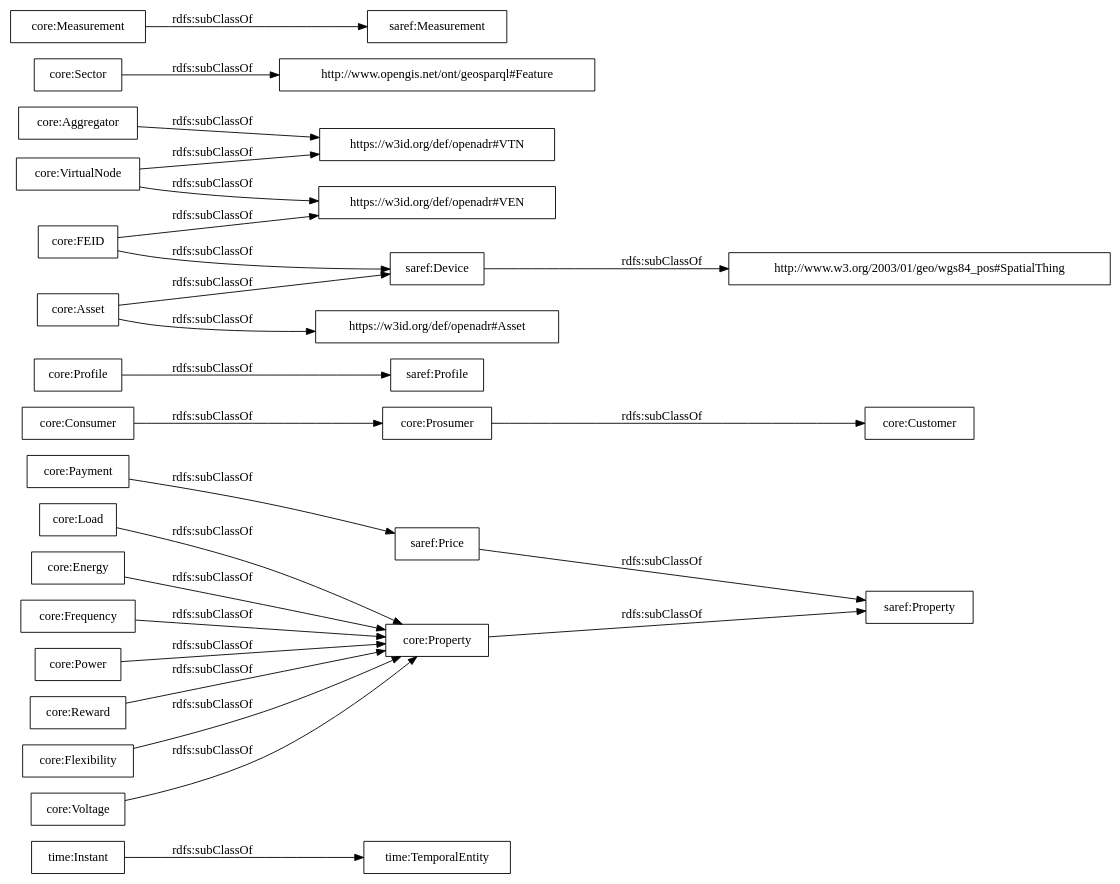
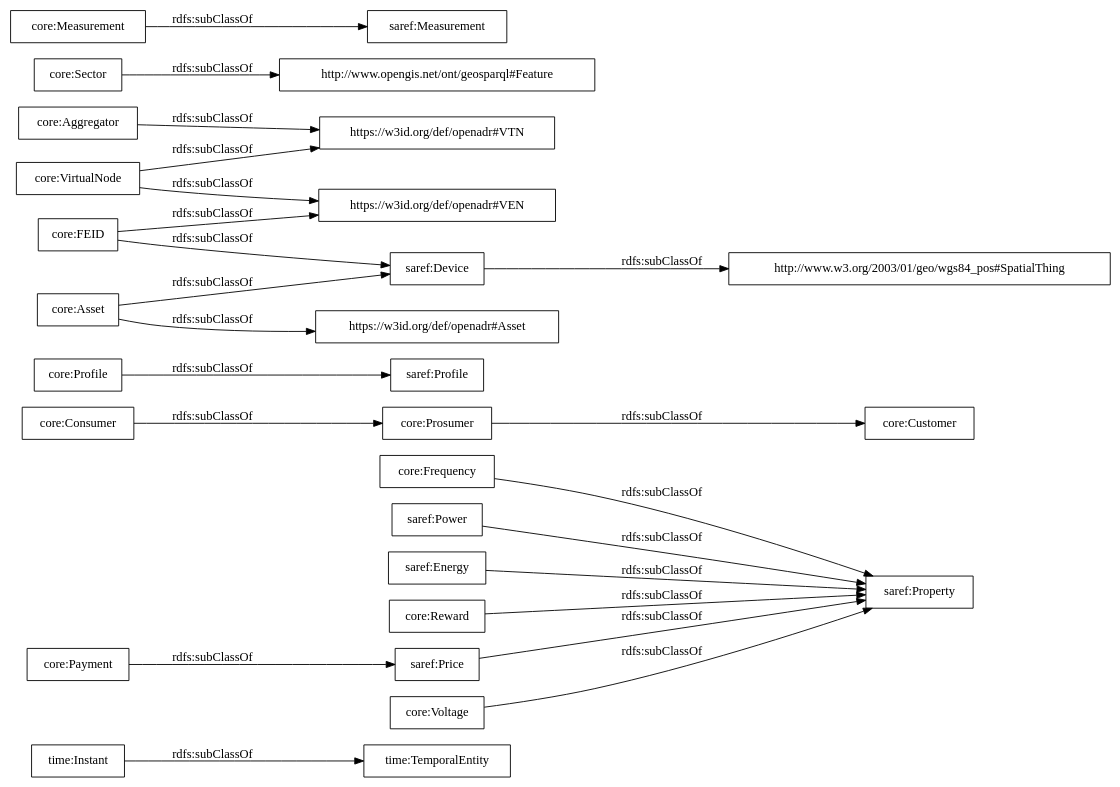
One commit to oeg-upm/delta-ontology changed the diagram in OnToology/ontology/delta.ttl/diagrams/ar2dtool-taxonomy/delta.ttl.png.dot. Above: the diagram before and after it, drawn with Graphviz. The commit also changed 12 other files, not shown here.

```diff
--- a/OnToology/ontology/delta.ttl/diagrams/ar2dtool-taxonomy/delta.ttl.png.dot
+++ b/OnToology/ontology/delta.ttl/diagrams/ar2dtool-taxonomy/delta.ttl.png.dot
@@ -1,30 +1,27 @@
 digraph ar2dtool_diagram { 
 rankdir=LR;
 size="1000"
-node [shape = rectangle, color="black"]; "time:Instant" "core:Load" "core:Frequency" "core:Customer" "core:Power" "saref:Profile" "core:VirtualNode" "core:Sector" "saref:Device" "core:Consumer" "core:Aggregator" "core:Measurement" "http://www.w3.org/2003/01/geo/wgs84_pos#SpatialThing" "core:Prosumer" "saref:Measurement" "core:Reward" "time:TemporalEntity" "saref:Price" "core:Asset" "core:Flexibility" "http://www.opengis.net/ont/geosparql#Feature" "core:Voltage" "saref:Property" "core:Profile" "core:Property" "core:FEID" "core:Energy" "core:Payment" ; /*classes style*/
-	"core:Flexibility" -> "core:Property" [ label = "rdfs:subClassOf" ];
+node [shape = rectangle, color="black"]; "time:Instant" "core:Frequency" "core:Customer" "saref:Profile" "core:VirtualNode" "saref:Power" "core:Sector" "saref:Energy" "saref:Device" "core:Consumer" "core:Aggregator" "core:Measurement" "http://www.w3.org/2003/01/geo/wgs84_pos#SpatialThing" "core:Prosumer" "saref:Measurement" "core:Reward" "time:TemporalEntity" "saref:Price" "core:Asset" "http://www.opengis.net/ont/geosparql#Feature" "core:Voltage" "saref:Property" "core:Profile" "core:FEID" "core:Payment" ; /*classes style*/
 	"saref:Price" -> "saref:Property" [ label = "rdfs:subClassOf" ];
 	"core:Payment" -> "saref:Price" [ label = "rdfs:subClassOf" ];
 	"core:Measurement" -> "saref:Measurement" [ label = "rdfs:subClassOf" ];
 	"core:VirtualNode" -> "https://w3id.org/def/openadr#VTN" [ label = "rdfs:subClassOf" ];
 	"core:VirtualNode" -> "https://w3id.org/def/openadr#VEN" [ label = "rdfs:subClassOf" ];
-	"core:Voltage" -> "core:Property" [ label = "rdfs:subClassOf" ];
+	"core:Voltage" -> "saref:Property" [ label = "rdfs:subClassOf" ];
 	"core:Sector" -> "http://www.opengis.net/ont/geosparql#Feature" [ label = "rdfs:subClassOf" ];
 	"core:Aggregator" -> "https://w3id.org/def/openadr#VTN" [ label = "rdfs:subClassOf" ];
 	"core:FEID" -> "saref:Device" [ label = "rdfs:subClassOf" ];
 	"core:FEID" -> "https://w3id.org/def/openadr#VEN" [ label = "rdfs:subClassOf" ];
-	"core:Energy" -> "core:Property" [ label = "rdfs:subClassOf" ];
-	"core:Power" -> "core:Property" [ label = "rdfs:subClassOf" ];
 	"core:Asset" -> "saref:Device" [ label = "rdfs:subClassOf" ];
 	"core:Asset" -> "https://w3id.org/def/openadr#Asset" [ label = "rdfs:subClassOf" ];
-	"core:Frequency" -> "core:Property" [ label = "rdfs:subClassOf" ];
 	"core:Prosumer" -> "core:Customer" [ label = "rdfs:subClassOf" ];
-	"core:Property" -> "saref:Property" [ label = "rdfs:subClassOf" ];
+	"core:Frequency" -> "saref:Property" [ label = "rdfs:subClassOf" ];
 	"time:Instant" -> "time:TemporalEntity" [ label = "rdfs:subClassOf" ];
 	"core:Profile" -> "saref:Profile" [ label = "rdfs:subClassOf" ];
+	"saref:Power" -> "saref:Property" [ label = "rdfs:subClassOf" ];
+	"saref:Energy" -> "saref:Property" [ label = "rdfs:subClassOf" ];
 	"core:Consumer" -> "core:Prosumer" [ label = "rdfs:subClassOf" ];
-	"core:Reward" -> "core:Property" [ label = "rdfs:subClassOf" ];
-	"core:Load" -> "core:Property" [ label = "rdfs:subClassOf" ];
+	"core:Reward" -> "saref:Property" [ label = "rdfs:subClassOf" ];
 	"saref:Device" -> "http://www.w3.org/2003/01/geo/wgs84_pos#SpatialThing" [ label = "rdfs:subClassOf" ];
 
 }
```
